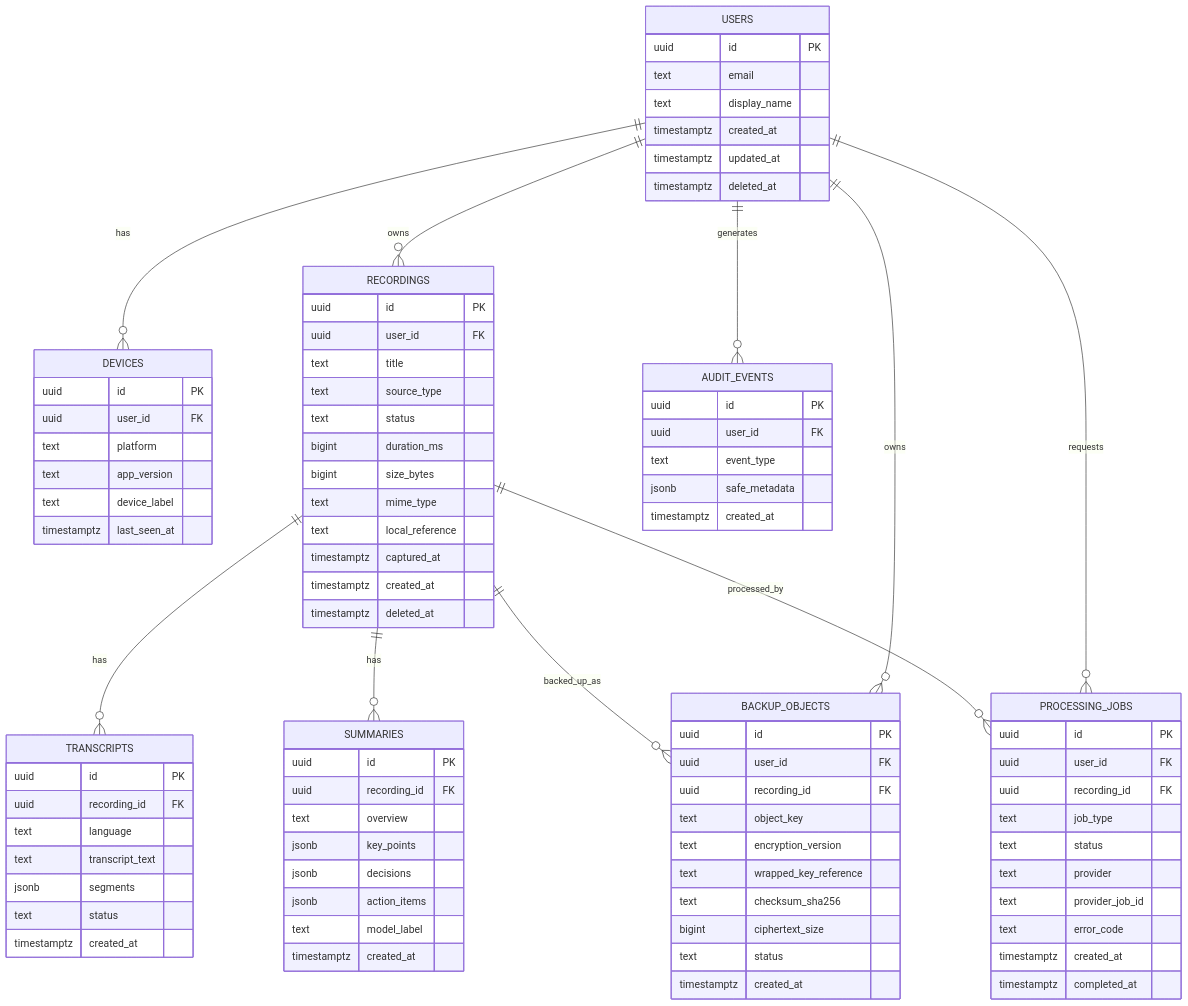
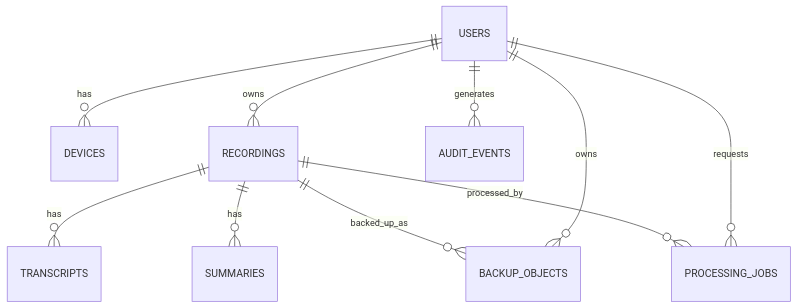
The diagram in backend-schema.md (HarshVDubey/CallVault), drawn with Mermaid before and after one commit. The commit also changed other lines of this file, not shown here.

Commit message:
docs: clarify backend schema as proposal and refine lifecycle

````diff
--- a/backend-schema.md
+++ b/backend-schema.md
@@ -31,85 +32,4 @@
   USERS ||--o{ PROCESSING_JOBS : requests
   USERS ||--o{ AUDIT_EVENTS : generates
   USERS ||--o{ BACKUP_OBJECTS : owns
-
-  USERS {
-    uuid id PK
-    text email
-    text display_name
-    timestamptz created_at
-    timestamptz updated_at
-    timestamptz deleted_at
-  }
-  DEVICES {
-    uuid id PK
-    uuid user_id FK
-    text platform
-    text app_version
-    text device_label
-    timestamptz last_seen_at
-  }
-  RECORDINGS {
-    uuid id PK
-    uuid user_id FK
-    text title
-    text source_type
-    text status
-    bigint duration_ms
-    bigint size_bytes
-    text mime_type
-    text local_reference
-    timestamptz captured_at
-    timestamptz created_at
-    timestamptz deleted_at
-  }
-  TRANSCRIPTS {
-    uuid id PK
-    uuid recording_id FK
-    text language
-    text transcript_text
-    jsonb segments
-    text status
-    timestamptz created_at
-  }
-  SUMMARIES {
-    uuid id PK
-    uuid recording_id FK
-    text overview
-    jsonb key_points
-    jsonb decisions
-    jsonb action_items
-    text model_label
-    timestamptz created_at
-  }
-  PROCESSING_JOBS {
-    uuid id PK
-    uuid user_id FK
-    uuid recording_id FK
-    text job_type
-    text status
-    text provider
-    text provider_job_id
-    text error_code
-    timestamptz created_at
-    timestamptz completed_at
-  }
-  BACKUP_OBJECTS {
-    uuid id PK
-    uuid user_id FK
-    uuid recording_id FK
-    text object_key
-    text encryption_version
-    text wrapped_key_reference
-    text checksum_sha256
-    bigint ciphertext_size
-    text status
-    timestamptz created_at
-  }
-  AUDIT_EVENTS {
-    uuid id PK
-    uuid user_id FK
-    text event_type
-    jsonb safe_metadata
-    timestamptz created_at
-  }
 ```
````
